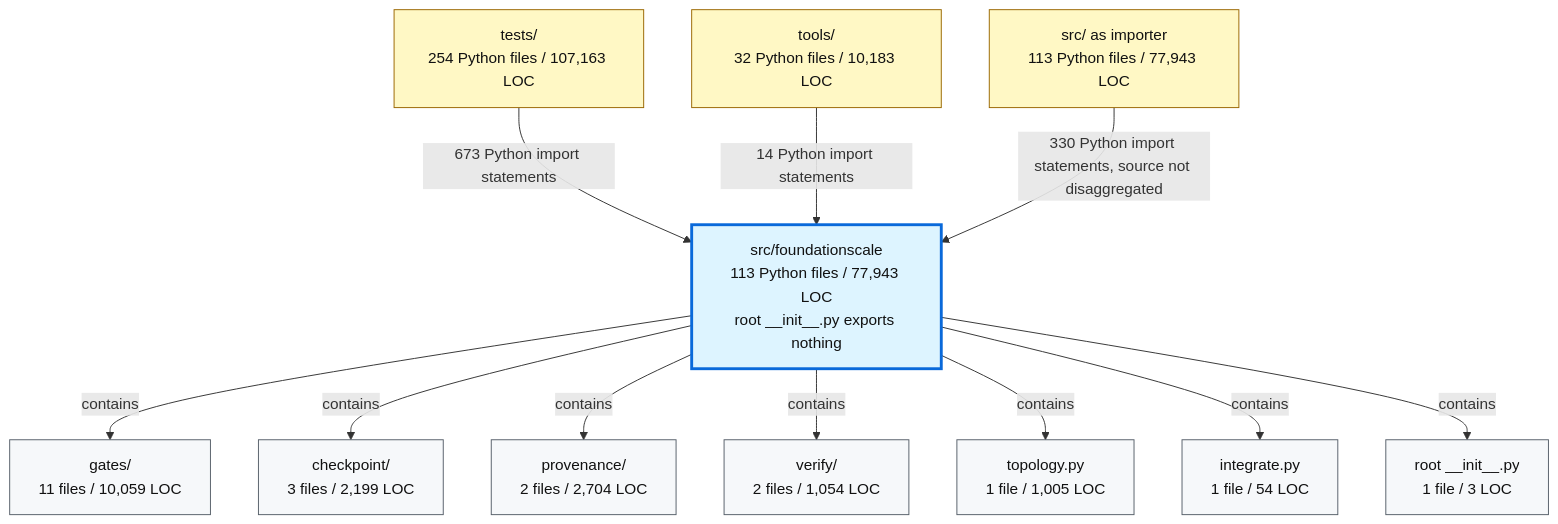
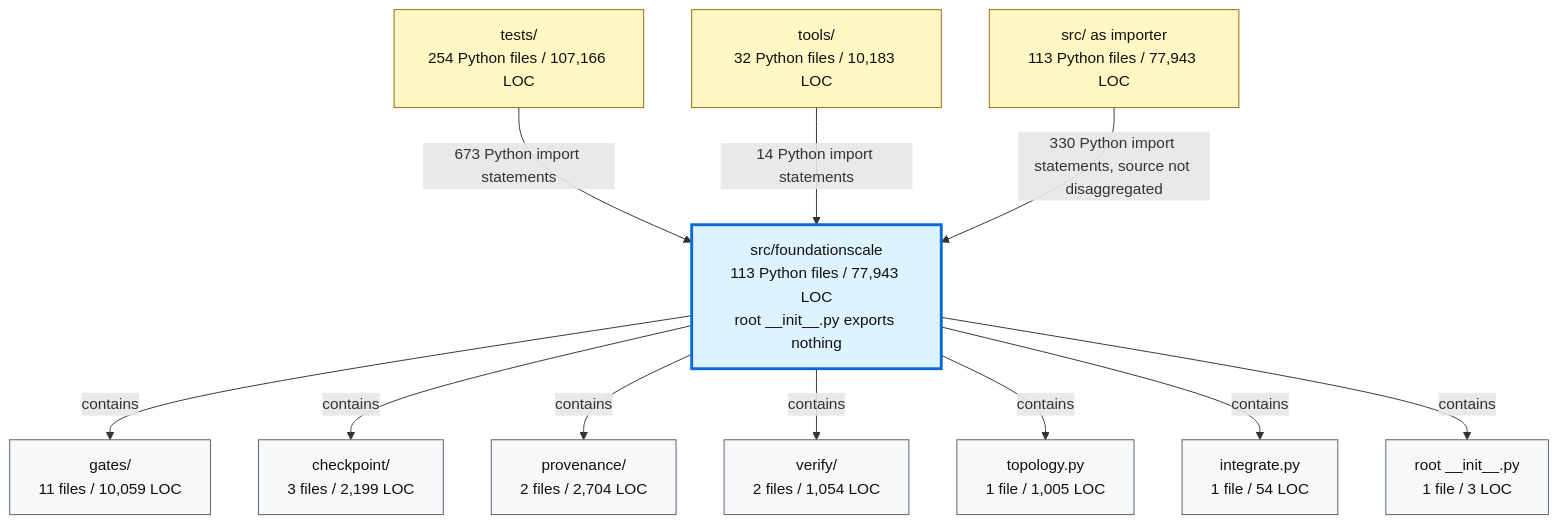
Before and after one commit to TranNhiem/FoundationScale: the second of 2 diagrams in docs/review/D2_current_architecture.md, drawn with Mermaid. The commit also changed 7 other files, not shown here.

````diff
--- a/docs/review/D2_current_architecture.md
+++ b/docs/review/D2_current_architecture.md
@@ -97,36 +97,36 @@
 ```mermaid
 flowchart TB
-  TESTS["tests/<br/>254 Python files / 107,163 LOC"]
+  TESTS["tests/<br/>254 Python files / 107,166 LOC"]
   TOOLS["tools/<br/>32 Python files / 10,183 LOC"]
   SRC["src/ as importer<br/>113 Python files / 77,943 LOC"]
 
   FS["src/foundationscale<br/>113 Python files / 77,943 LOC<br/>root __init__.py exports nothing"]
 
   GATES["gates/<br/>11 files / 10,059 LOC"]
   CKPT["checkpoint/<br/>3 files / 2,199 LOC"]
   PROV["provenance/<br/>2 files / 2,704 LOC"]
   VERIFY["verify/<br/>2 files / 1,054 LOC"]
   TOPO["topology.py<br/>1 file / 1,005 LOC"]
   INTEG["integrate.py<br/>1 file / 54 LOC"]
   ROOT["root __init__.py<br/>1 file / 3 LOC"]
 
   TESTS -->|"673 Python import statements"| FS
   TOOLS -->|"14 Python import statements"| FS
   SRC -->|"330 Python import statements, source not disaggregated"| FS
 
   FS -->|"contains"| GATES
   FS -->|"contains"| CKPT
   FS -->|"contains"| PROV
   FS -->|"contains"| VERIFY
   FS -->|"contains"| TOPO
   FS -->|"contains"| INTEG
   FS -->|"contains"| ROOT
 
   classDef consumer fill:#fff8c5,stroke:#9a6700,color:#111;
   classDef package fill:#ddf4ff,stroke:#0969da,stroke-width:3px,color:#111;
   classDef module fill:#f6f8fa,stroke:#57606a,color:#111;
 
   class TESTS,TOOLS,SRC consumer;
   class FS package;
   class GATES,CKPT,PROV,VERIFY,TOPO,INTEG,ROOT module;
 ```
````
